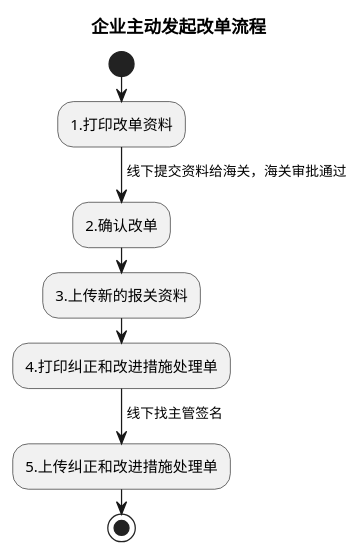
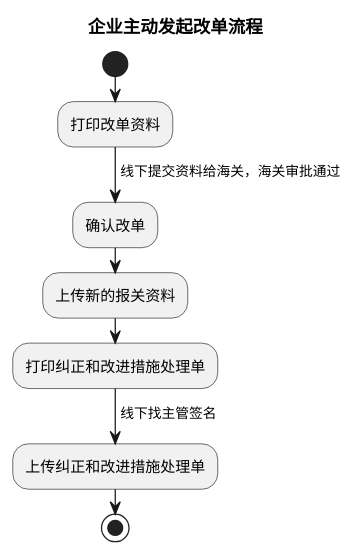
Before and after one commit to jack888332/projects-doc: the first of 11 diagrams in product-caliber/goldjet/segmented-prd/mainflow/PRD.高捷物流系统一期.主流程.03.普货进出口关务详细流程.md, drawn with PlantUML. The commit also changed other lines of this file and 24 other files, not shown here.

````diff
--- a/product-caliber/goldjet/segmented-prd/mainflow/PRD.高捷物流系统一期.主流程.03.普货进出口关务详细流程.md
+++ b/product-caliber/goldjet/segmented-prd/mainflow/PRD.高捷物流系统一期.主流程.03.普货进出口关务详细流程.md
@@ -11,15 +11,15 @@
 ```plantuml
 @startuml
 skinparam activityDiamondBackgroundColor #FFF4CC
 title 企业主动发起改单流程
 start
-:1.打印改单资料;
+:打印改单资料;
 -> 线下提交资料给海关，海关审批通过;
-:2.确认改单;
-:3.上传新的报关资料;
-:4.打印纠正和改进措施处理单;
+:确认改单;
+:上传新的报关资料;
+:打印纠正和改进措施处理单;
 -> 线下找主管签名;
-:5.上传纠正和改进措施处理单;
+:上传纠正和改进措施处理单;
 stop
 @enduml
 ```
````
